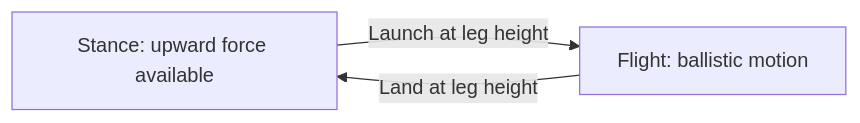
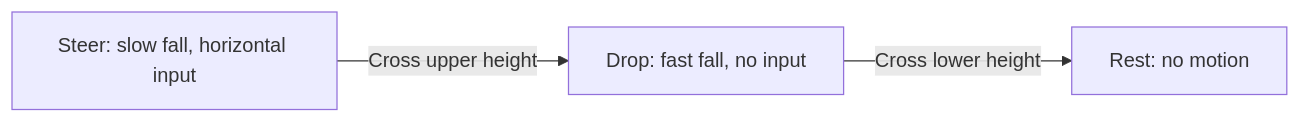
Before and after one commit to JavierBorquez/Hybrid_HJ_Reach: the diagram in docs/OVERVIEW.md, drawn with Mermaid. The commit also changed other lines of this file and 30 other files, not shown here.

````diff
--- a/docs/OVERVIEW.md
+++ b/docs/OVERVIEW.md
@@ -35,5 +36,5 @@
 ```mermaid
 flowchart LR
-    S[Stance: upward force available] -->|Launch at leg height| F[Flight: ballistic motion]
-    F -->|Land at leg height| S
+    S[Steer: slow fall, horizontal input] -->|Cross upper height| D[Drop: fast fall, no input]
+    D -->|Cross lower height| R[Rest: no motion]
 ```
````
